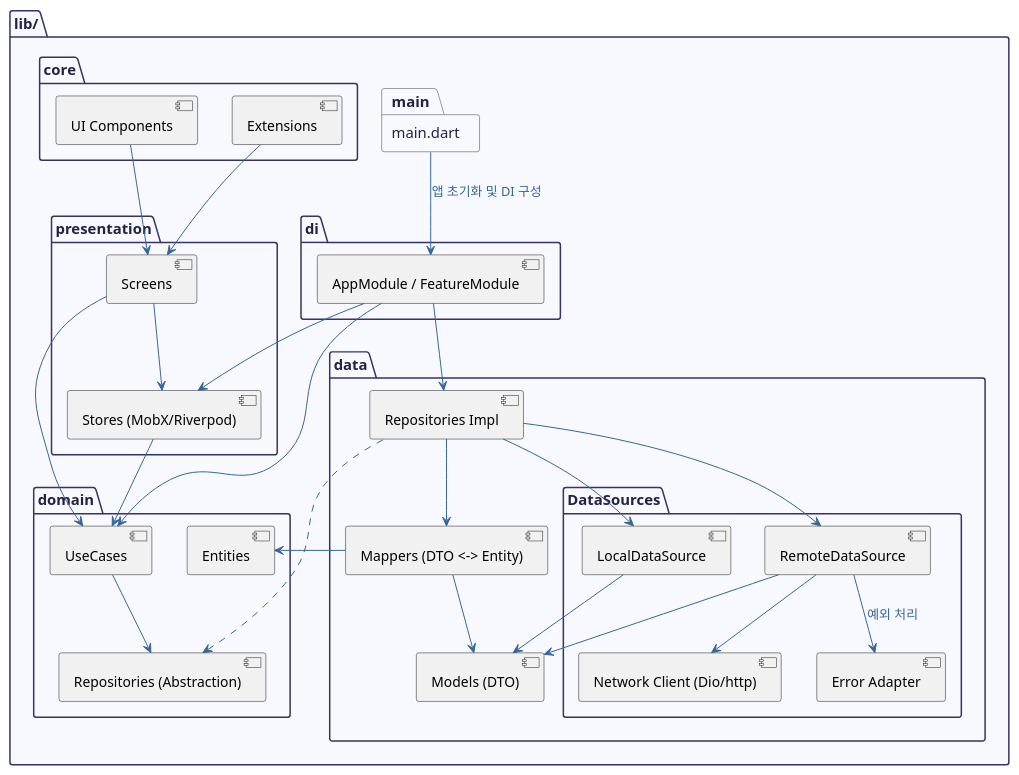
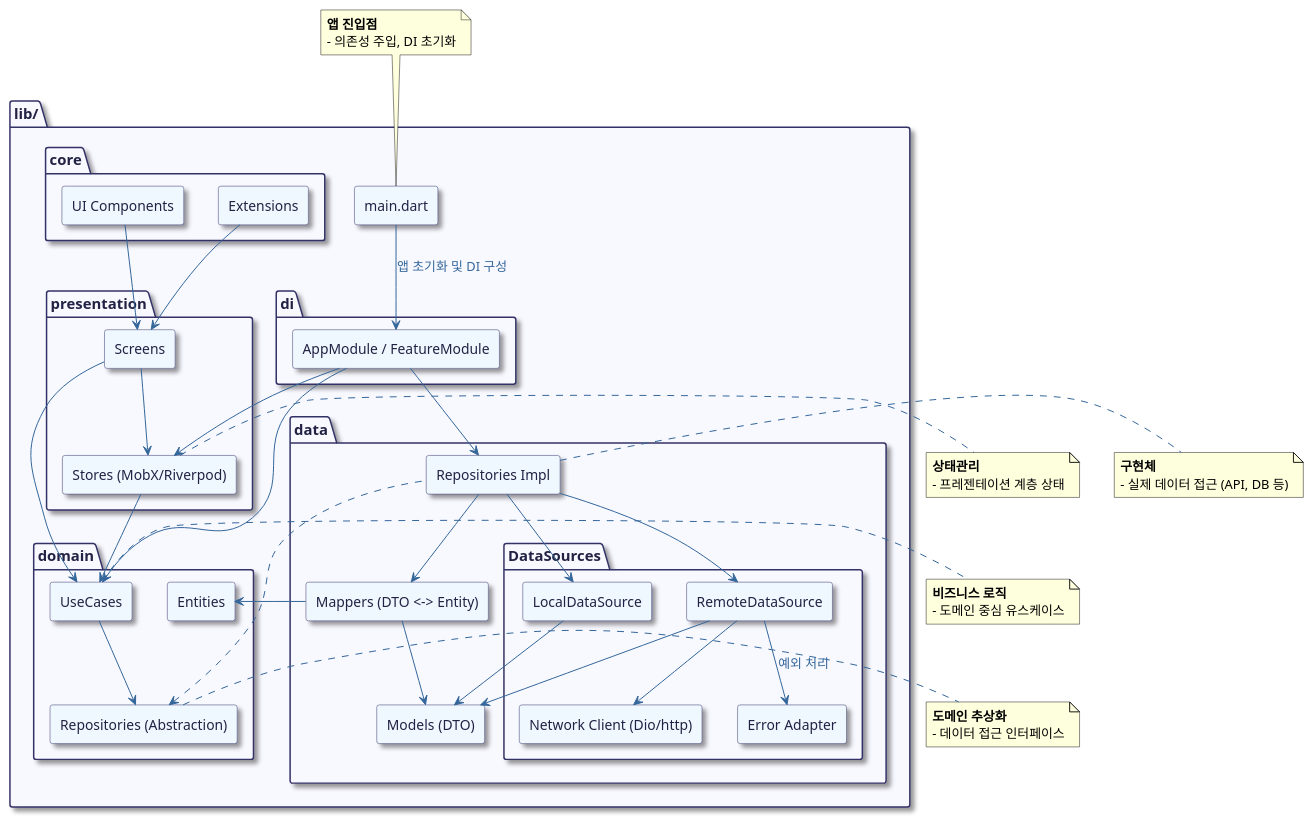
Before and after one commit to aw-birdgang/saiondo: the diagram in frontend/app/puml/full_architecture_component.puml, drawn with PlantUML. The commit also changed 11 other files, not shown here.

```diff
--- a/frontend/app/puml/full_architecture_component.puml
+++ b/frontend/app/puml/full_architecture_component.puml
@@ -1,89 +1,115 @@
 @startuml
 ' 스타일 정의
 skinparam package {
   BackgroundColor #F8F8FF
   BorderColor #333366
   FontColor #222244
   FontSize 15
+  Shadowing true
 }
 skinparam rectangle {
   BackgroundColor #F0F8FF
   BorderColor #333366
   FontColor #222244
+  Shadowing true
 }
 skinparam ArrowColor #336699
 skinparam ArrowFontColor #336699
 skinparam ArrowFontSize 13
 
 ' === 패키지 구조 ===
 
 package "lib/" {
 
-  package "main.dart" as main
+  rectangle "main.dart" as main
 
   package "core" {
-    [Extensions]
-    [UI Components]
+    rectangle "Extensions"
+    rectangle "UI Components"
   }
 
   package "data" {
-    [Repositories Impl]
-
+    rectangle "Repositories Impl"
     package "DataSources" {
-      [RemoteDataSource]
-      [LocalDataSource]
-      [Error Adapter]
-      [Network Client (Dio/http)]
+      rectangle "RemoteDataSource"
+      rectangle "LocalDataSource"
+      rectangle "Error Adapter"
+      rectangle "Network Client (Dio/http)"
     }
-
-    [Models (DTO)]
-    [Mappers (DTO <-> Entity)]
+    rectangle "Models (DTO)"
+    rectangle "Mappers (DTO <-> Entity)"
   }
 
   package "domain" {
-    [UseCases]
-    [Repositories (Abstraction)]
-    [Entities]
+    rectangle "UseCases"
+    rectangle "Repositories (Abstraction)"
+    rectangle "Entities"
   }
 
   package "presentation" {
-    [Screens]
-    [Stores (MobX/Riverpod)]
+    rectangle "Screens"
+    rectangle "Stores (MobX/Riverpod)"
   }
 
   package "di" {
-    [AppModule / FeatureModule]
+    rectangle "AppModule / FeatureModule"
   }
 }
 
 ' === 의존성 관계 ===
 
-main --> [AppModule / FeatureModule] : "앱 초기화 및 DI 구성"
-[AppModule / FeatureModule] --> [Repositories Impl]
-[AppModule / FeatureModule] --> [UseCases]
-[AppModule / FeatureModule] --> [Stores (MobX/Riverpod)]
+main --> "AppModule / FeatureModule" : "앱 초기화 및 DI 구성"
+"AppModule / FeatureModule" --> "Repositories Impl"
+"AppModule / FeatureModule" --> "UseCases"
+"AppModule / FeatureModule" --> "Stores (MobX/Riverpod)"
 
-[Screens] --> [Stores (MobX/Riverpod)]
-[Screens] --> [UseCases]
-[Stores (MobX/Riverpod)] --> [UseCases]
+"Screens" --> "Stores (MobX/Riverpod)"
+"Screens" --> "UseCases"
+"Stores (MobX/Riverpod)" --> "UseCases"
 
-[UseCases] --> [Repositories (Abstraction)]
-[Repositories (Abstraction)] <.. [Repositories Impl]
+"UseCases" --> "Repositories (Abstraction)"
+"Repositories (Abstraction)" <.. "Repositories Impl"
 
-[Repositories Impl] --> [RemoteDataSource]
-[Repositories Impl] --> [LocalDataSource]
-[Repositories Impl] --> [Mappers (DTO <-> Entity)]
+"Repositories Impl" --> "RemoteDataSource"
+"Repositories Impl" --> "LocalDataSource"
+"Repositories Impl" --> "Mappers (DTO <-> Entity)"
 
-[RemoteDataSource] --> [Network Client (Dio/http)]
-[RemoteDataSource] --> [Error Adapter] : "예외 처리"
-[RemoteDataSource] --> [Models (DTO)]
+"RemoteDataSource" --> "Network Client (Dio/http)"
+"RemoteDataSource" --> "Error Adapter" : "예외 처리"
+"RemoteDataSource" --> "Models (DTO)"
 
-[LocalDataSource] --> [Models (DTO)]
+"LocalDataSource" --> "Models (DTO)"
 
-[Mappers (DTO <-> Entity)] --> [Models (DTO)]
-[Mappers (DTO <-> Entity)] --> [Entities]
+"Mappers (DTO <-> Entity)" --> "Models (DTO)"
+"Mappers (DTO <-> Entity)" --> "Entities"
 
-[UI Components] --> [Screens]
-[Extensions] --> [Screens]
+"UI Components" --> "Screens"
+"Extensions" --> "Screens"
+
+' 설명 주석
+note top of main
+  <b>앱 진입점</b>
+  - 의존성 주입, DI 초기화
+end note
+
+note right of "UseCases"
+  <b>비즈니스 로직</b>
+  - 도메인 중심 유스케이스
+end note
+
+note right of "Repositories (Abstraction)"
+  <b>도메인 추상화</b>
+  - 데이터 접근 인터페이스
+end note
+
+note right of "Repositories Impl"
+  <b>구현체</b>
+  - 실제 데이터 접근 (API, DB 등)
+end note
+
+note right of "Stores (MobX/Riverpod)"
+  <b>상태관리</b>
+  - 프레젠테이션 계층 상태
+end note
 
 @enduml
```
